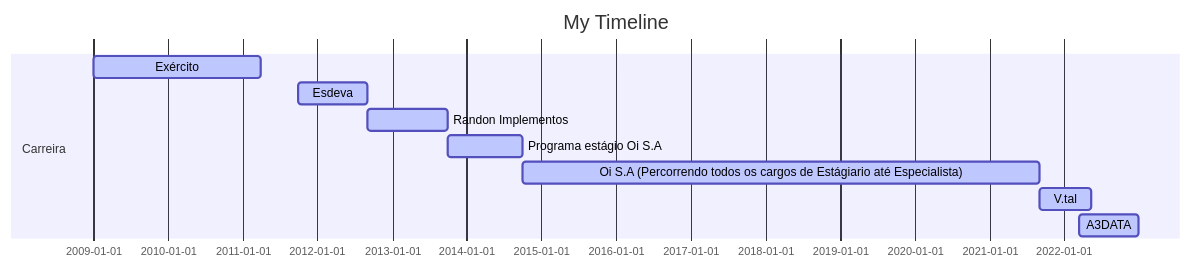
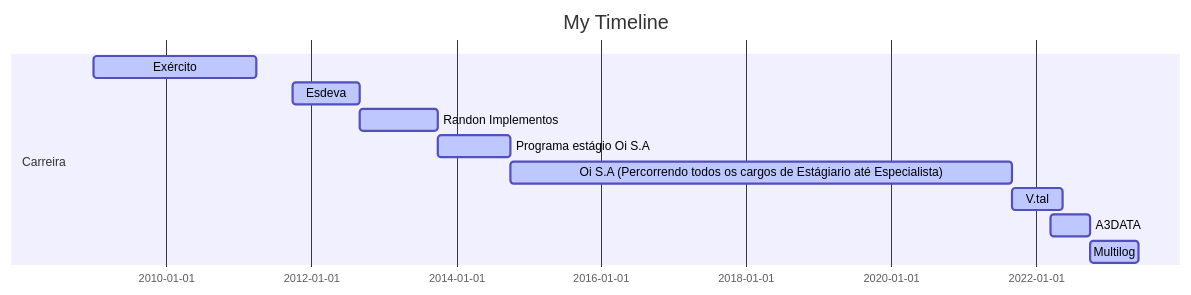
Before and after one commit to Wellikiandre/Wellikiandre: the diagram in README.md, drawn with Mermaid. The commit also changed other lines of this file, not shown here.

````diff
--- a/README.md
+++ b/README.md
@@ -3,16 +3,17 @@
 ```mermaid
 
 gantt
 dateFormat  YYYY-MM-DD
 title My Timeline
 
 section Carreira
 Exército            :active,, 2009-01-01,2011-04-01
 Esdeva            :active,, 2011-10-01,2012-09-01
 Randon Implementos            :active,, 2012-09-01,2013-10-01
 Programa estágio Oi S.A            :active,, 2013-10-01,2014-10-01
 Oi S.A (Percorrendo todos os cargos de Estágiario até Especialista)            :active,, 2014-10-01,2021-09-01
 V.tal           :active,, 2021-09-01,2022-05-13
-A3DATA           :active,, 2022-03-15,2022-12-31
+A3DATA          :active,, 2022-03-15,2022-10-01
+Multilog        :active,, 2022-10-01,2023-06-01
 
 ```
````
